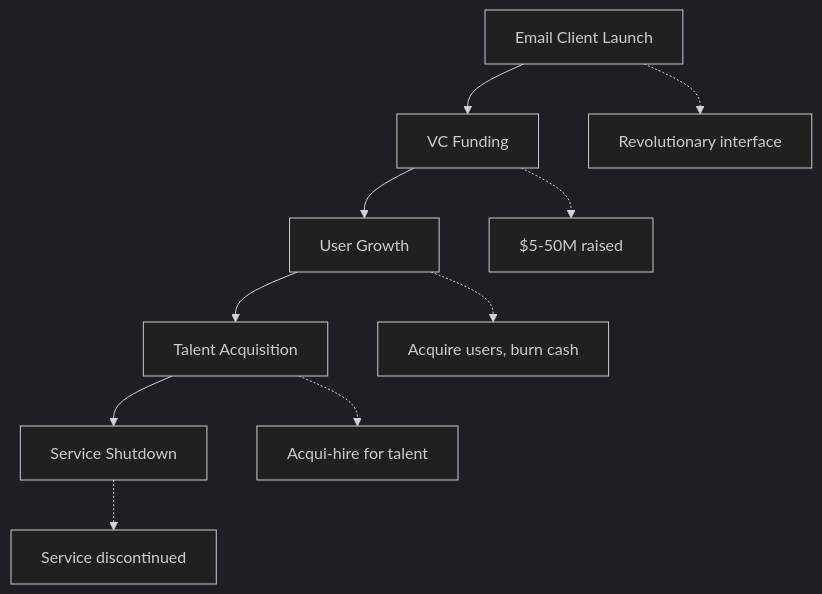
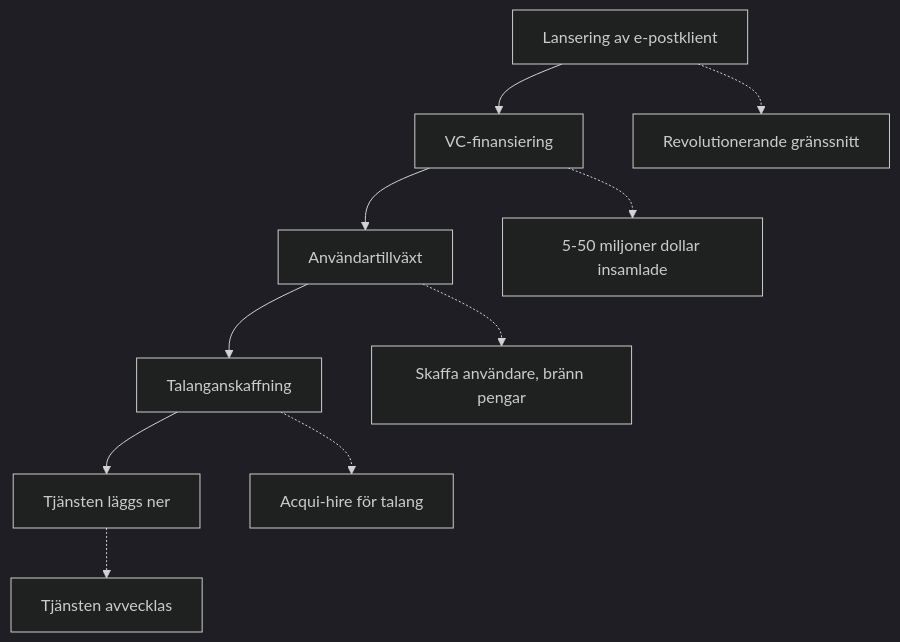
The fifth of 10 diagrams in app/views/docs/email-startup-graveyard-why-80-percent-email-companies-fail/index-sv.md (forwardemail/forwardemail.net), drawn with Mermaid (dark theme) before and after one commit. The commit also changed other lines of this file and 1055 other files, not shown here.

````diff
--- a/app/views/docs/email-startup-graveyard-why-80-percent-email-companies-fail/index-sv.md
+++ b/app/views/docs/email-startup-graveyard-why-80-percent-email-companies-fail/index-sv.md
@@ -338,13 +339,13 @@
 ```mermaid
 flowchart TD
-    A[Email Client Launch] --> B[VC Funding]
-    B --> C[User Growth]
-    C --> D[Talent Acquisition]
-    D --> E[Service Shutdown]
+    A[Lansering av e-postklient] --> B[VC-finansiering]
+    B --> C[Användartillväxt]
+    C --> D[Talanganskaffning]
+    D --> E[Tjänsten läggs ner]
 
-    A -.-> A1["Revolutionary interface"]
-    B -.-> B1["$5-50M raised"]
-    C -.-> C1["Acquire users, burn cash"]
-    D -.-> D1["Acqui-hire for talent"]
-    E -.-> E1["Service discontinued"]
+    A -.-> A1["Revolutionerande gränssnitt"]
+    B -.-> B1["5-50 miljoner dollar insamlade"]
+    C -.-> C1["Skaffa användare, bränn pengar"]
+    D -.-> D1["Acqui-hire för talang"]
+    E -.-> E1["Tjänsten avvecklas"]
 ```
````
